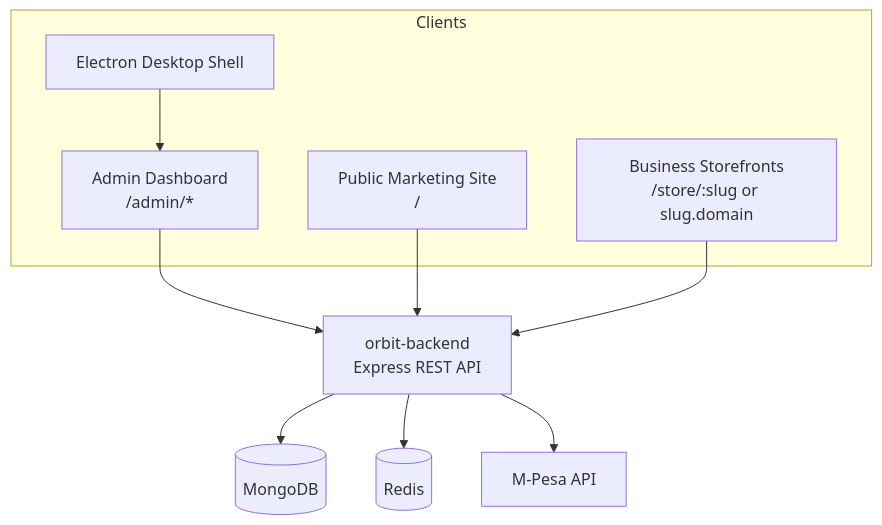
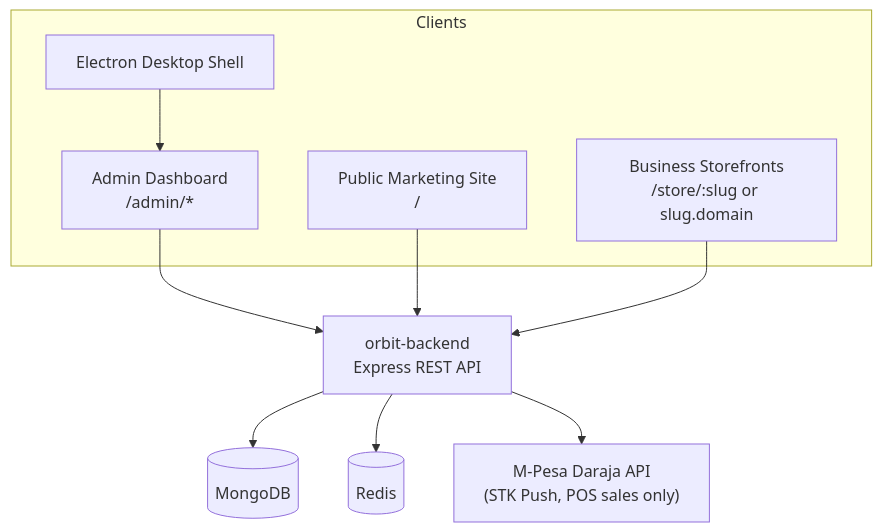
One commit to Ritahchanger/orbit changed the first of 3 diagrams in README.md. Above: the diagram before and after it, drawn with Mermaid. The commit also changed other lines of this file, not shown here.

Commit message:
README: remove default superadmin password, clarify M-Pesa scope

````diff
--- a/README.md
+++ b/README.md
@@ -24,23 +24,23 @@
 ```mermaid
 graph TB
     subgraph Clients
         AdminUI["Admin Dashboard<br/>/admin/*"]
         MarketingUI["Public Marketing Site<br/>/"]
         StorefrontUI["Business Storefronts<br/>/store/:slug or slug.domain"]
         Desktop["Electron Desktop Shell"]
     end
 
     API["orbit-backend<br/>Express REST API"]
     Mongo[("MongoDB")]
     Redis[("Redis")]
-    MPESA["M-Pesa API"]
+    MPESA["M-Pesa Daraja API<br/>(STK Push, POS sales only)"]
 
     AdminUI --> API
     MarketingUI --> API
     StorefrontUI --> API
     Desktop --> AdminUI
 
     API --> Mongo
     API --> Redis
     API --> MPESA
 ```
````
